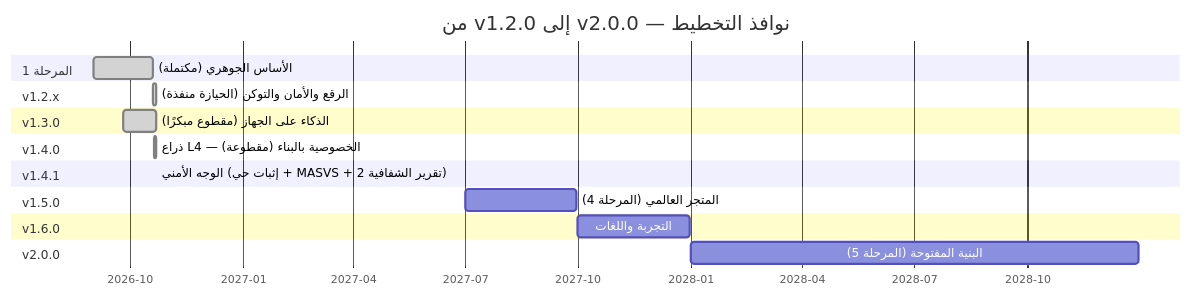
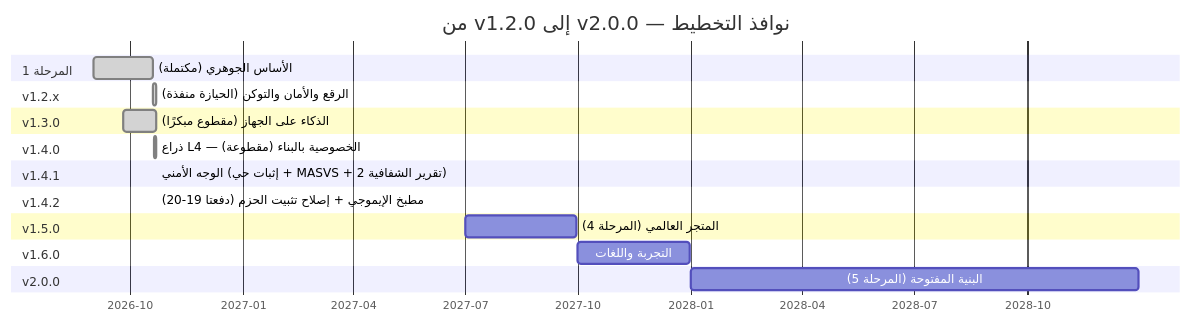
One commit to CTO-DRS/DRS-Smart-Keyboard changed the second of 2 diagrams in docs/ROADMAP.md. Above: the diagram before and after it, drawn with Mermaid. The commit also changed other lines of this file and 9 other files, not shown here.

````diff
--- a/docs/ROADMAP.md
+++ b/docs/ROADMAP.md
@@ -134,22 +136,24 @@
 ```mermaid
 gantt
     title من v1.2.0 إلى v2.0.0 — نوافذ التخطيط
     dateFormat  YYYY-MM-DD
     axisFormat  %Y-%m
     section المرحلة 1
     الأساس الجوهري (مكتملة)        :done, p1, 2026-09-01, 2026-10-19
     section v1.2.x
     الرقع والأمان والتوكن (الحيازة منفذة) :done, p12, 2026-10-19, 2026-10-22
     section v1.3.0
     الذكاء على الجهاز (مقطوع مبكرًا)  :done, p13, 2026-09-25, 2026-10-22
     section v1.4.0
     ذراع L4 — الخصوصية بالبناء (مقطوعة)  :done, p14, 2026-10-20, 2026-10-22
     section v1.4.1
     الوجه الأمني (إثبات حي + MASVS + تقرير الشفافية 2)  :done, p14x, 2026-10-22, 2026-10-22
+    section v1.4.2
+    مطبخ الإيموجي + إصلاح تثبيت الحزم (دفعتا 19-20)  :done, p14y, 2026-10-22, 2026-10-22
     section v1.5.0
     المتجر العالمي (المرحلة 4)     :p15, 2027-07-01, 2027-09-30
     section v1.6.0
     التجربة واللغات                :p16, 2027-10-01, 2027-12-31
     section v2.0.0
     البنية المفتوحة (المرحلة 5)    :p20, 2028-01-01, 2028-12-31
 ```
````
